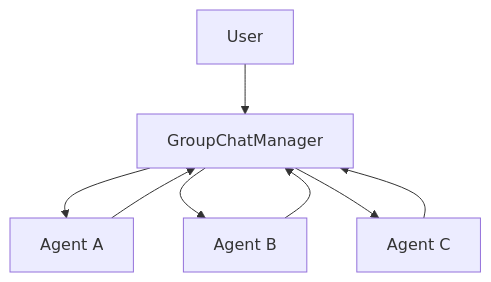
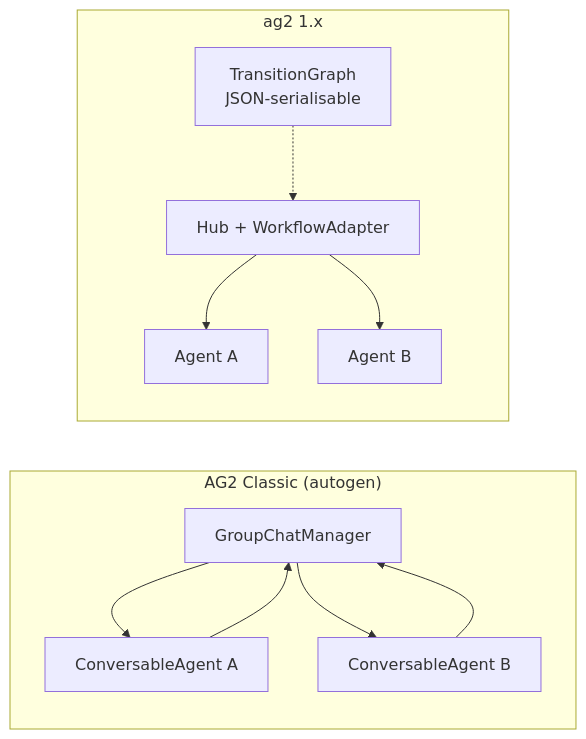
The fourth of 5 diagrams in src/content/docs/ag2-guide/ag2_diagrams.md (CodeHalwell/AgentGuides), drawn with Mermaid before and after one commit. The commit also changed other lines of this file and 12 other files, not shown here.

````diff
--- a/src/content/docs/ag2-guide/ag2_diagrams.md
+++ b/src/content/docs/ag2-guide/ag2_diagrams.md
@@ -37,10 +70,14 @@
 ```mermaid
-graph TD
-    User[User] --> Manager[GroupChatManager]
-    Manager --> AgentA[Agent A]
-    Manager --> AgentB[Agent B]
-    Manager --> AgentC[Agent C]
-    AgentA --> Manager
-    AgentB --> Manager
-    AgentC --> Manager
+graph LR
+    subgraph Classic["AG2 Classic (autogen)"]
+        M[GroupChatManager] --> A1[ConversableAgent A]
+        M --> B1[ConversableAgent B]
+        A1 --> M
+        B1 --> M
+    end
+    subgraph New["ag2 1.x"]
+        H[Hub + WorkflowAdapter] --> A2[Agent A]
+        H --> B2[Agent B]
+        G[TransitionGraph<br/>JSON-serialisable] -.-> H
+    end
 ```
````
